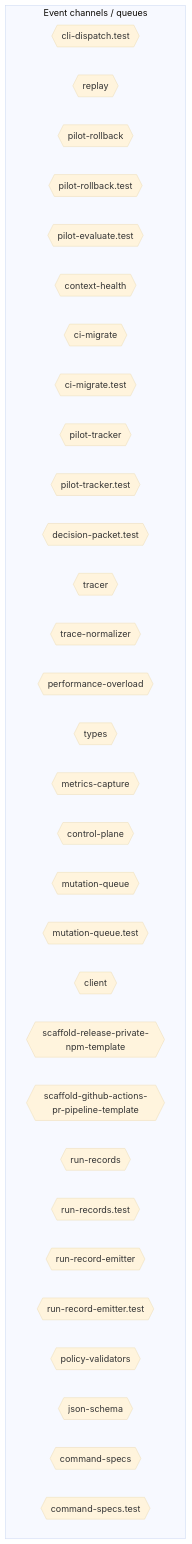
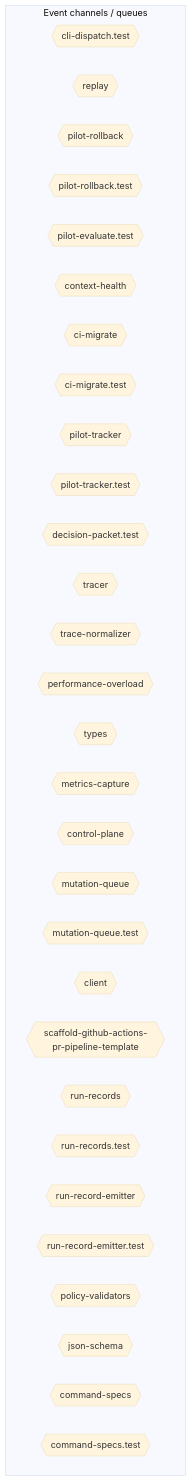
The sixth of 10 diagrams in AI/context/diagram-context.md (jscraik/coding-harness), drawn with Mermaid (base theme) before and after one commit. The commit also changed other lines of this file and 52 other files, not shown here.

````diff
--- a/AI/context/diagram-context.md
+++ b/AI/context/diagram-context.md
@@ -2086,37 +2090,36 @@
 ```mermaid
 flowchart TD
   subgraph Channels["Event channels / queues"]
     cli_dispatch_test_54c9f17b{{"cli-dispatch.test"}}
     replay_ac203c98{{"replay"}}
     pilot_rollback_00c1f82c{{"pilot-rollback"}}
     pilot_rollback_test_e61d5a2b{{"pilot-rollback.test"}}
     pilot_evaluate_test_a2ac06fc{{"pilot-evaluate.test"}}
     context_health_80bb7da9{{"context-health"}}
     ci_migrate_78bb70b1{{"ci-migrate"}}
     ci_migrate_test_2a015bb9{{"ci-migrate.test"}}
     pilot_tracker_5c767813{{"pilot-tracker"}}
     pilot_tracker_test_80398a66{{"pilot-tracker.test"}}
     decision_packet_test_9ea0e97b{{"decision-packet.test"}}
     tracer_1e6243a2{{"tracer"}}
     trace_normalizer_cb1be1d2{{"trace-normalizer"}}
     performance_overload_c685bfcf{{"performance-overload"}}
     types_9_1db4641f{{"types"}}
     metrics_capture_1d1a2c08{{"metrics-capture"}}
     control_plane_96826665{{"control-plane"}}
     mutation_queue_ce5a530e{{"mutation-queue"}}
     mutation_queue_test_10b599e8{{"mutation-queue.test"}}
     client_1_914e1681{{"client"}}
-    scaffold_release_private_npm_template_075499f8{{"scaffold-release-private-npm-template"}}
     scaffold_github_actions_pr_pipeline_template_e2b85f62{{"scaffold-github-actions-pr-pipeline-template"}}
     run_records_f616aa7c{{"run-records"}}
     run_records_test_3ee6a0e3{{"run-records.test"}}
     run_record_emitter_00168a3a{{"run-record-emitter"}}
     run_record_emitter_test_5475c0da{{"run-record-emitter.test"}}
     policy_validators_6682e192{{"policy-validators"}}
     json_schema_74a768d7{{"json-schema"}}
     command_specs_69167c63{{"command-specs"}}
     command_specs_test_7f693e85{{"command-specs.test"}}
   end
   classDef eventNode fill:#db2777,color:#fff
 
 ```
````
